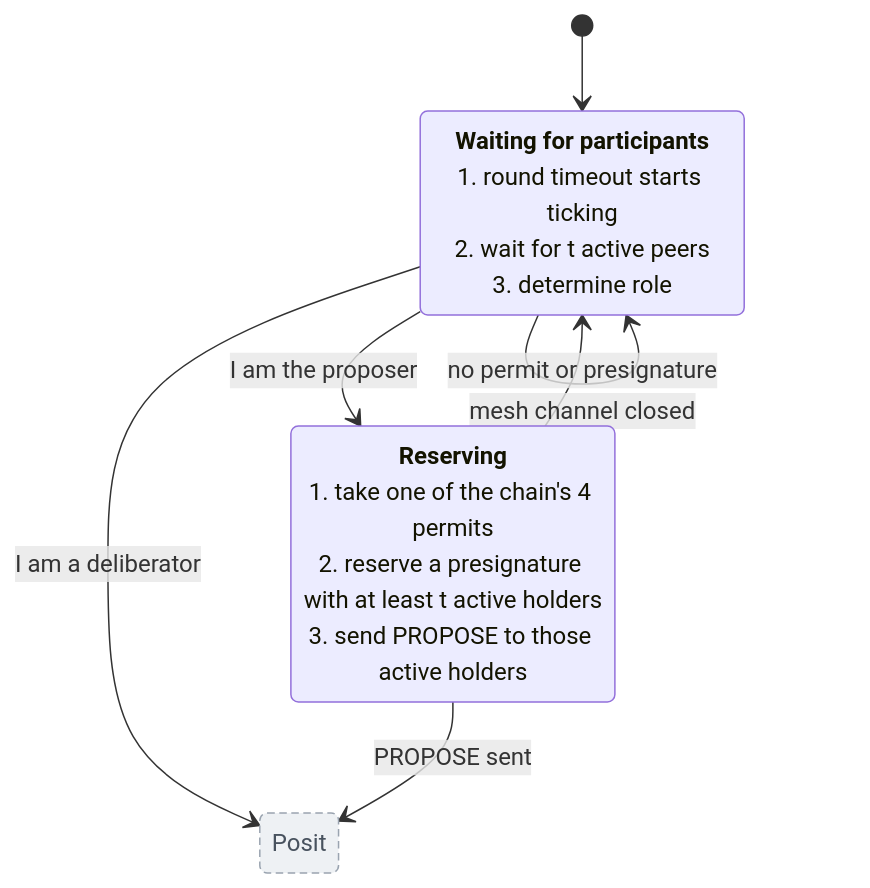
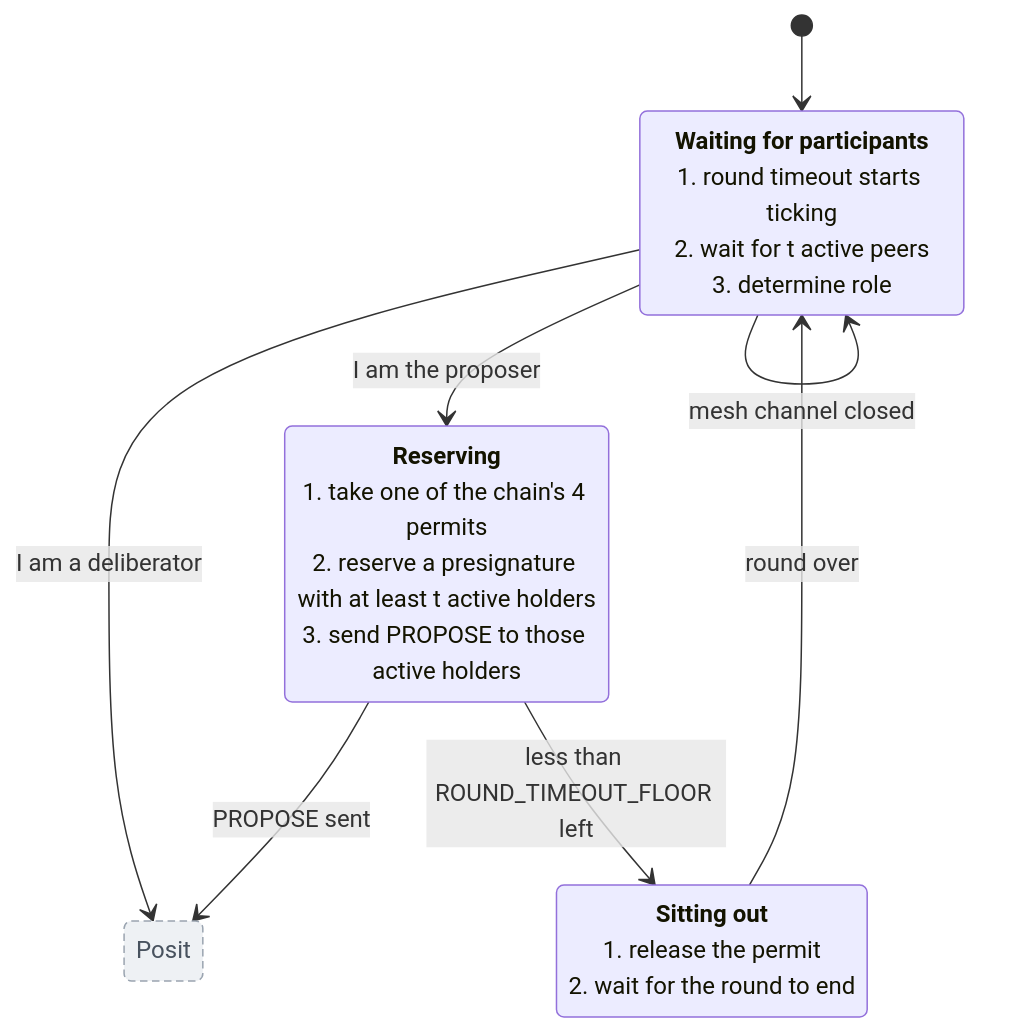
The second of 6 diagrams in doc/posit-state-machine.md (sig-net/mpc), drawn with Mermaid before and after one commit. The commit also changed other lines of this file and 1 other file, not shown here.

Commit message:
docs: describe the sign proposer sitting out

````diff
--- a/doc/posit-state-machine.md
+++ b/doc/posit-state-machine.md
@@ -73,17 +73,19 @@
 ```mermaid
 stateDiagram-v2
     state "<b>Waiting for participants</b><br/>1. round timeout starts ticking<br/>2. wait for t active peers<br/>3. determine role" as WaitingForParticipants
     state "<b>Reserving</b><br/>1. take one of the chain's 4 permits<br/>2. reserve a presignature with at least t active holders<br/>3. send PROPOSE to those active holders" as Reserving
+    state "<b>Sitting out</b><br/>1. release the permit<br/>2. wait for the round to end" as SittingOut
     state "Posit" as PositOut
 
     [*] --> WaitingForParticipants
     WaitingForParticipants --> Reserving: I am the proposer
     WaitingForParticipants --> PositOut: I am a deliberator
     Reserving --> PositOut: PROPOSE sent
 
     WaitingForParticipants --> WaitingForParticipants: mesh channel closed
-    Reserving --> WaitingForParticipants: no permit or presignature
+    Reserving --> SittingOut: less than ROUND_TIMEOUT_FLOOR left
+    SittingOut --> WaitingForParticipants: round over
 
     classDef outside fill:#eef1f4,stroke:#9aa4b0,color:#48525e,stroke-dasharray:5 3
     class PositOut outside
 ```
````
